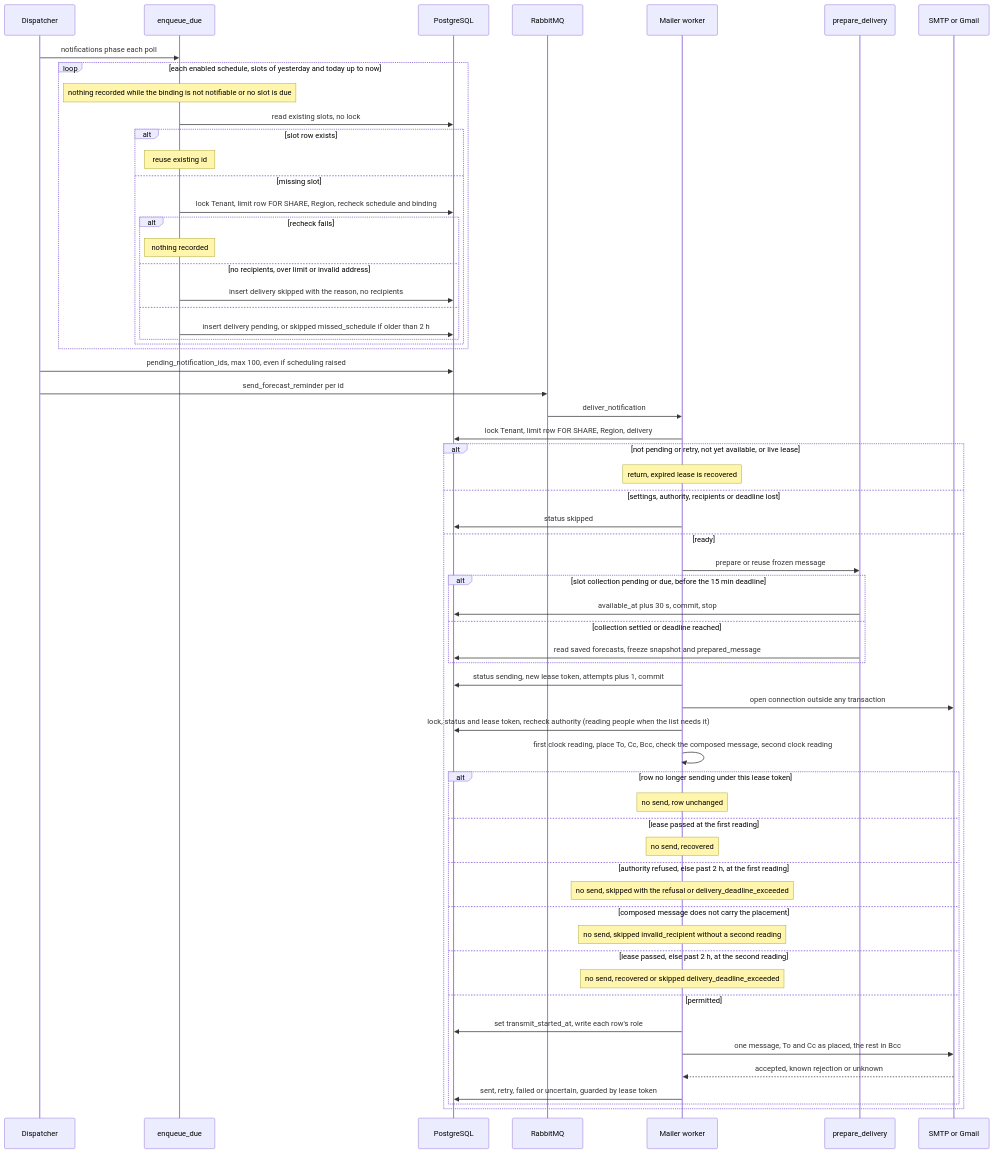
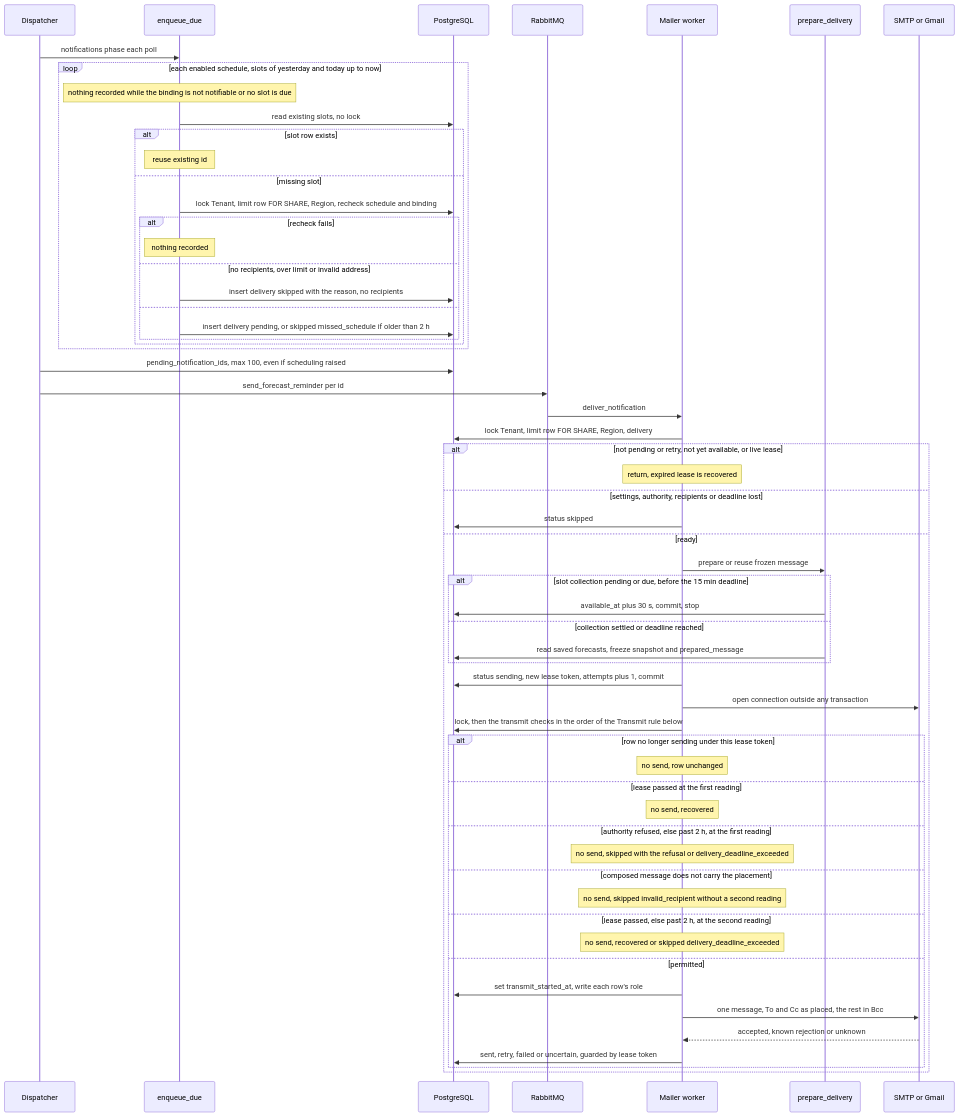
The diagram in docs/flows/reminder-delivery.md (erkurtharun/pyracast), drawn with Mermaid before and after one commit. The commit also changed other lines of this file and 14 other files, not shown here.

````diff
--- a/docs/flows/reminder-delivery.md
+++ b/docs/flows/reminder-delivery.md
@@ -26,63 +26,62 @@
 ```mermaid
 sequenceDiagram
     participant D as Dispatcher
     participant S as enqueue_due
     participant DB as PostgreSQL
     participant Q as RabbitMQ
     participant W as Mailer worker
     participant P as prepare_delivery
     participant M as SMTP or Gmail
     D->>S: notifications phase each poll
     loop each enabled schedule, slots of yesterday and today up to now
         Note over S: nothing recorded while the binding is not notifiable or no slot is due
         S->>DB: read existing slots, no lock
         alt slot row exists
             Note over S: reuse existing id
         else missing slot
             S->>DB: lock Tenant, limit row FOR SHARE, Region, recheck schedule and binding
             alt recheck fails
                 Note over S: nothing recorded
             else no recipients, over limit or invalid address
                 S->>DB: insert delivery skipped with the reason, no recipients
             else
                 S->>DB: insert delivery pending, or skipped missed_schedule if older than 2 h
             end
         end
     end
     D->>DB: pending_notification_ids, max 100, even if scheduling raised
     D->>Q: send_forecast_reminder per id
     Q->>W: deliver_notification
     W->>DB: lock Tenant, limit row FOR SHARE, Region, delivery
     alt not pending or retry, not yet available, or live lease
         Note over W: return, expired lease is recovered
     else settings, authority, recipients or deadline lost
         W->>DB: status skipped
     else ready
         W->>P: prepare or reuse frozen message
         alt slot collection pending or due, before the 15 min deadline
             P->>DB: available_at plus 30 s, commit, stop
         else collection settled or deadline reached
             P->>DB: read saved forecasts, freeze snapshot and prepared_message
         end
         W->>DB: status sending, new lease token, attempts plus 1, commit
         W->>M: open connection outside any transaction
-        W->>DB: lock, status and lease token, recheck authority (reading people when the list needs it)
-        W->>W: first clock reading, place To, Cc, Bcc, check the composed message, second clock reading
+        W->>DB: lock, then the transmit checks in the order of the Transmit rule below
         alt row no longer sending under this lease token
             Note over W: no send, row unchanged
         else lease passed at the first reading
             Note over W: no send, recovered
         else authority refused, else past 2 h, at the first reading
             Note over W: no send, skipped with the refusal or delivery_deadline_exceeded
         else composed message does not carry the placement
             Note over W: no send, skipped invalid_recipient without a second reading
         else lease passed, else past 2 h, at the second reading
             Note over W: no send, recovered or skipped delivery_deadline_exceeded
         else permitted
             W->>DB: set transmit_started_at, write each row's role
             W->>M: one message, To and Cc as placed, the rest in Bcc
             M-->>W: accepted, known rejection or unknown
             W->>DB: sent, retry, failed or uncertain, guarded by lease token
         end
     end
 ```
````
